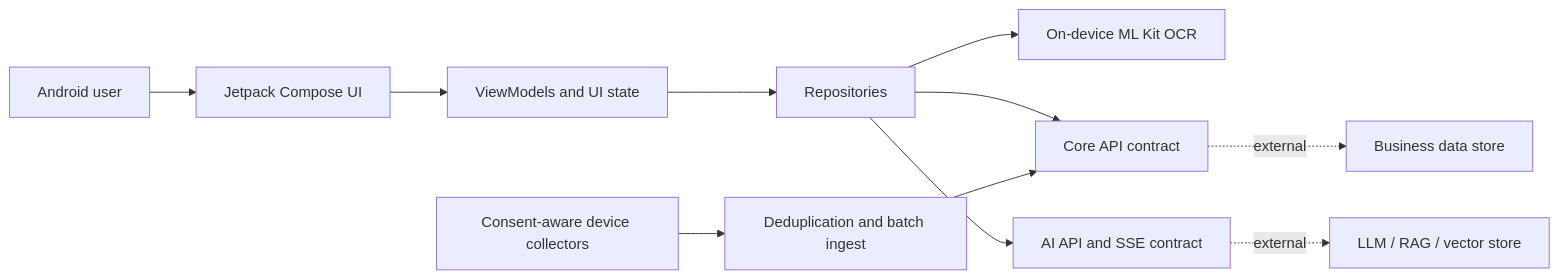
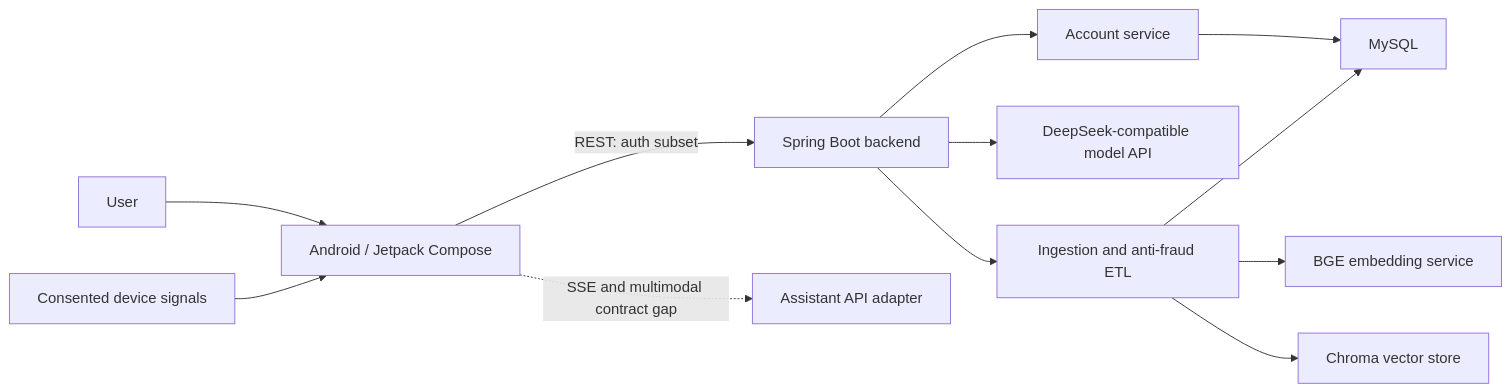
Before and after one commit to MagicVVu/FanZha: the diagram in README.md, drawn with Mermaid. The commit also changed other lines of this file and 5 other files, not shown here.

Commit message:
docs: document full-stack architecture and deployment

````diff
--- a/README.md
+++ b/README.md
@@ -34,13 +43,14 @@
 ```mermaid
 flowchart LR
-    U["Android user"] --> UI["Jetpack Compose UI"]
-    UI --> VM["ViewModels and UI state"]
-    VM --> REPO["Repositories"]
-    REPO --> OCR["On-device ML Kit OCR"]
-    REPO --> CORE["Core API contract"]
-    REPO --> AI["AI API and SSE contract"]
-    COL["Consent-aware device collectors"] --> INGEST["Deduplication and batch ingest"]
-    INGEST --> CORE
-    CORE -. external .-> DB["Business data store"]
-    AI -. external .-> RAG["LLM / RAG / vector store"]
+    USER["User"] --> APP["Android / Jetpack Compose"]
+    DEVICE["Consented device signals"] --> APP
+    APP -->|"REST: auth subset"| API["Spring Boot backend"]
+    APP -. "SSE and multimodal contract gap" .-> FUTURE["Assistant API adapter"]
+    API --> AUTH["Account service"]
+    API --> AI["DeepSeek-compatible model API"]
+    API --> ETL["Ingestion and anti-fraud ETL"]
+    AUTH --> MYSQL["MySQL"]
+    ETL --> MYSQL
+    ETL --> BGE["BGE embedding service"]
+    ETL --> CHROMA["Chroma vector store"]
 ```
````
